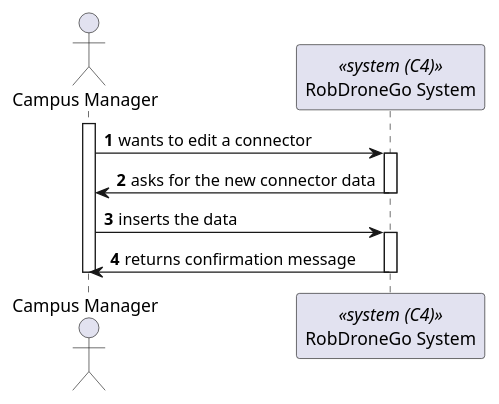
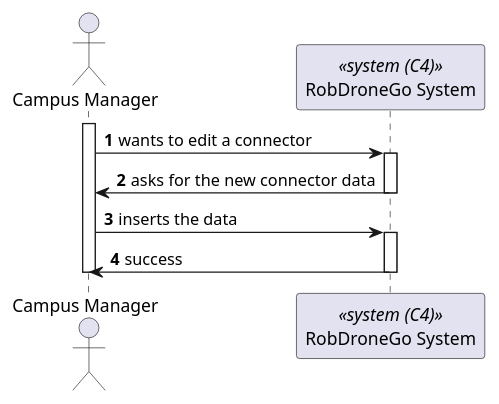
Before and after one commit to miseEnPlace-dev/lapr5: the diagram in _wiki/sprint-a/us11-250/views/level-1/us11-level1_processes.puml, drawn with PlantUML. The commit also changed 6 other files, not shown here.

```diff
--- a/_wiki/sprint-a/us11-250/views/level-1/us11-level1_processes.puml
+++ b/_wiki/sprint-a/us11-250/views/level-1/us11-level1_processes.puml
@@ -1,23 +1,23 @@
 @startuml us11-level1_processes
 autonumber
 
 actor CM as "Campus Manager"
 participant SYS as "RobDroneGo System" <<system (C4)>>
 
 activate CM
 
 CM -> SYS : wants to edit a connector
 activate SYS
 
 CM <- SYS : asks for the new connector data
 deactivate SYS
 
 CM -> SYS : inserts the data
 activate SYS
 
-CM <- SYS : returns confirmation message
+CM <- SYS : success
 deactivate SYS
 
 deactivate CM
 
 @enduml
```
